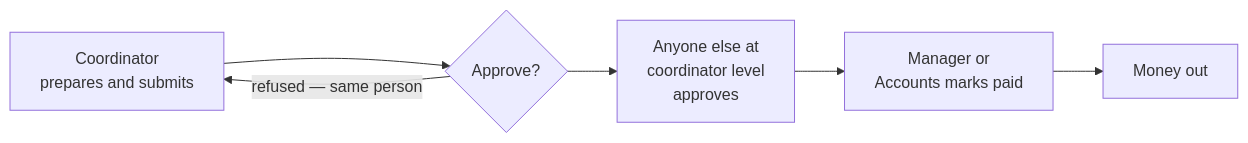
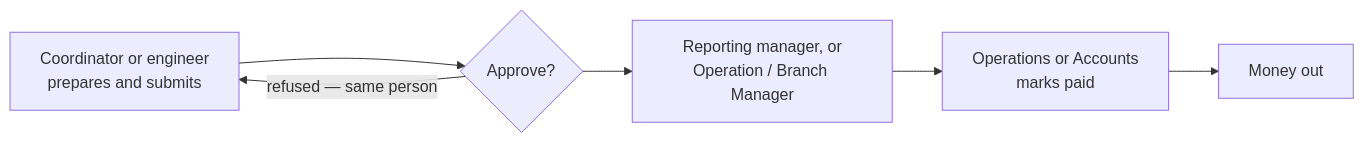
One commit to mehulblogger-pixel/Experiment_Operataion_Exaact-requirement changed the eighth of 10 diagrams in docs/03-object-lifecycles.md. Above: the diagram before and after it, drawn with Mermaid. The commit also changed other lines of this file and 20 other files, not shown here.

First line of the commit message:
fix: voucher approval follows the org chart; separate seniority from operations (risk 4)

````diff
--- a/docs/03-object-lifecycles.md
+++ b/docs/03-object-lifecycles.md
@@ -269,8 +269,8 @@
 ```mermaid
 flowchart LR
-  A["Coordinator<br/>prepares and submits"] --> B{"Approve?"}
+  A["Coordinator or engineer<br/>prepares and submits"] --> B{"Approve?"}
   B -->|"refused — same person"| A
-  B --> C["Anyone else at<br/>coordinator level<br/>approves"]
-  C --> D["Manager or<br/>Accounts marks paid"]
+  B --> C["Reporting manager, or<br/>Operation / Branch Manager"]
+  C --> D["Operations or Accounts<br/>marks paid"]
   D --> E["Money out"]
 ```
````
